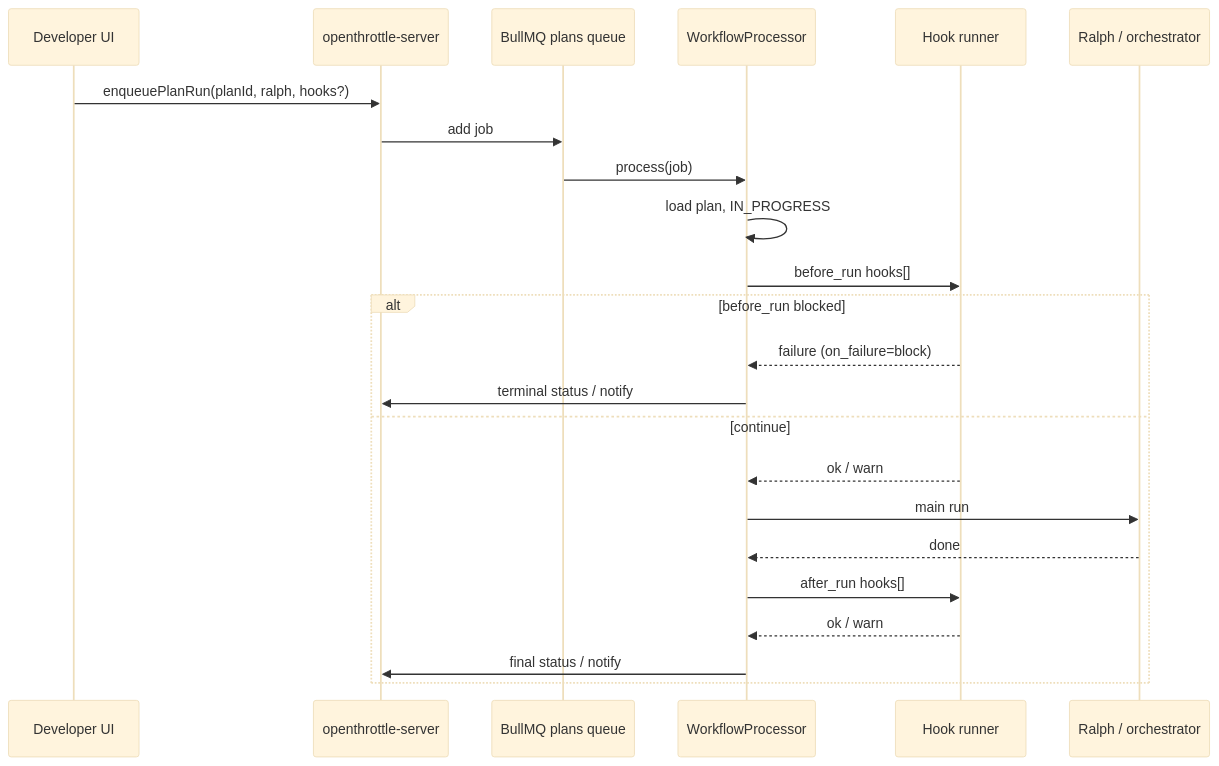
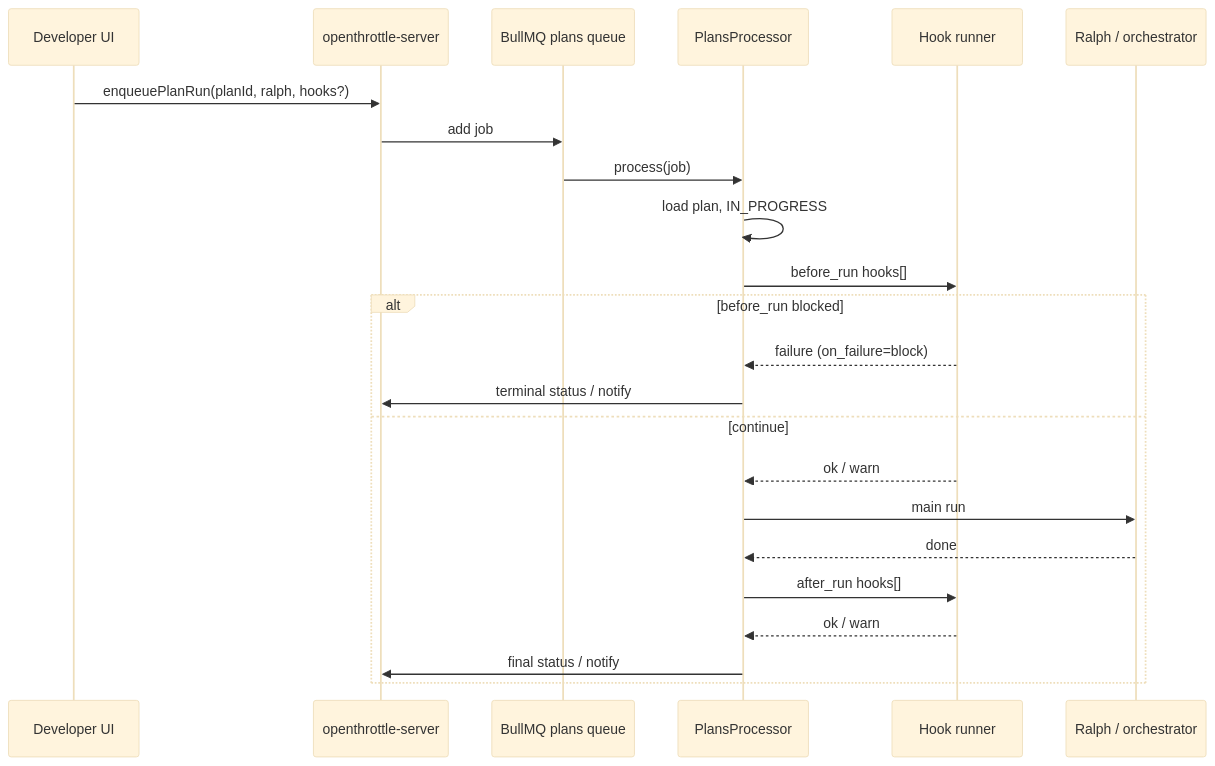
One commit to OpenThrottle/monorepo changed the first of 2 diagrams in JOB_RUN_LIFECYCLE_HOOKS.md. Above: the diagram before and after it, drawn with Mermaid (base theme). The commit also changed other lines of this file and 19 other files, not shown here.

````diff
--- a/JOB_RUN_LIFECYCLE_HOOKS.md
+++ b/JOB_RUN_LIFECYCLE_HOOKS.md
@@ -62,26 +62,26 @@
 ```mermaid
 sequenceDiagram
   participant UI as Developer UI
   participant API as openthrottle-server
   participant Q as BullMQ plans queue
-  participant W as WorkflowProcessor
+  participant W as PlansProcessor
   participant H as Hook runner
   participant R as Ralph / orchestrator
 
   UI->>API: enqueuePlanRun(planId, ralph, hooks?)
   API->>Q: add job
   Q->>W: process(job)
   W->>W: load plan, IN_PROGRESS
   W->>H: before_run hooks[]
   alt before_run blocked
     H-->>W: failure (on_failure=block)
     W->>API: terminal status / notify
   else continue
     H-->>W: ok / warn
     W->>R: main run
     R-->>W: done
     W->>H: after_run hooks[]
     H-->>W: ok / warn
     W->>API: final status / notify
   end
 ```
````
